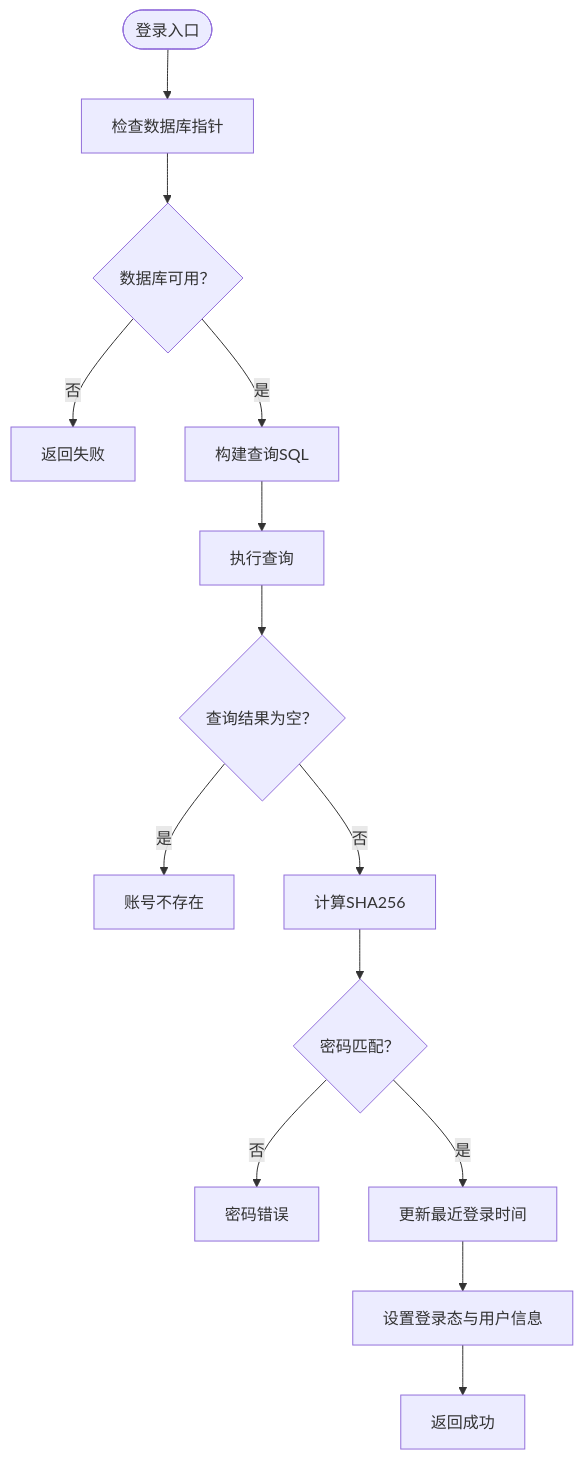
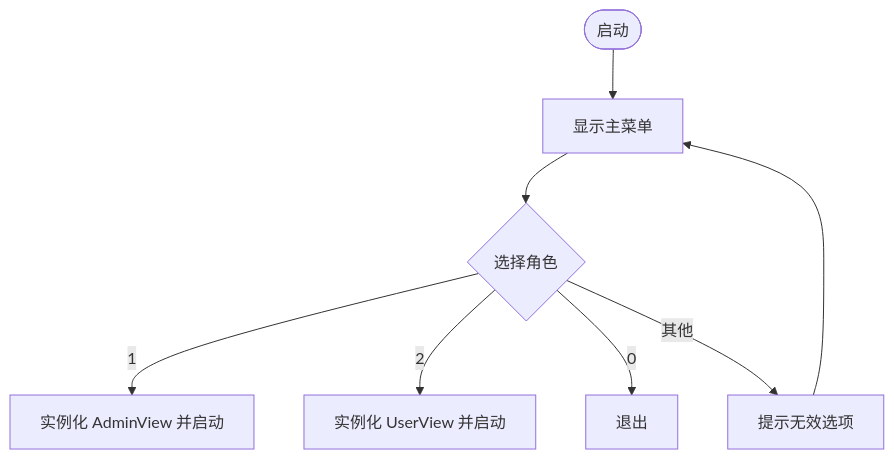
Before and after one commit to jinpeng900/OJ-Test: the third of 8 diagrams in .qoder/repowiki/zh/content/核心模块详解/核心模块详解.md, drawn with Mermaid. The commit also changed other lines of this file and 147 other files, not shown here.

````diff
--- a/.qoder/repowiki/zh/content/核心模块详解/核心模块详解.md
+++ b/.qoder/repowiki/zh/content/核心模块详解/核心模块详解.md
@@ -242,16 +140,10 @@
 ```mermaid
 flowchart TD
-Start(["登录入口"]) --> CheckDB["检查数据库指针"]
-CheckDB --> DBEmpty{"数据库可用？"}
-DBEmpty --> |否| Fail["返回失败"]
-DBEmpty --> |是| BuildQuery["构建查询SQL"]
-BuildQuery --> ExecQuery["执行查询"]
-ExecQuery --> Empty{"查询结果为空？"}
-Empty --> |是| AccNotFound["账号不存在"]
-Empty --> |否| HashInput["计算SHA256"]
-HashInput --> Compare{"密码匹配？"}
-Compare --> |否| PwdErr["密码错误"]
-Compare --> |是| UpdateLastLogin["更新最近登录时间"]
-UpdateLastLogin --> SetState["设置登录态与用户信息"]
-SetState --> Success["返回成功"]
+Start(["启动"]) --> ShowMenu["显示主菜单"]
+ShowMenu --> InputChoice{"选择角色"}
+InputChoice --> |1| EnterAdmin["实例化 AdminView 并启动"]
+InputChoice --> |2| EnterUser["实例化 UserView 并启动"]
+InputChoice --> |0| Exit["退出"]
+InputChoice --> |其他| Invalid["提示无效选项"]
+Invalid --> ShowMenu
 ```
````
